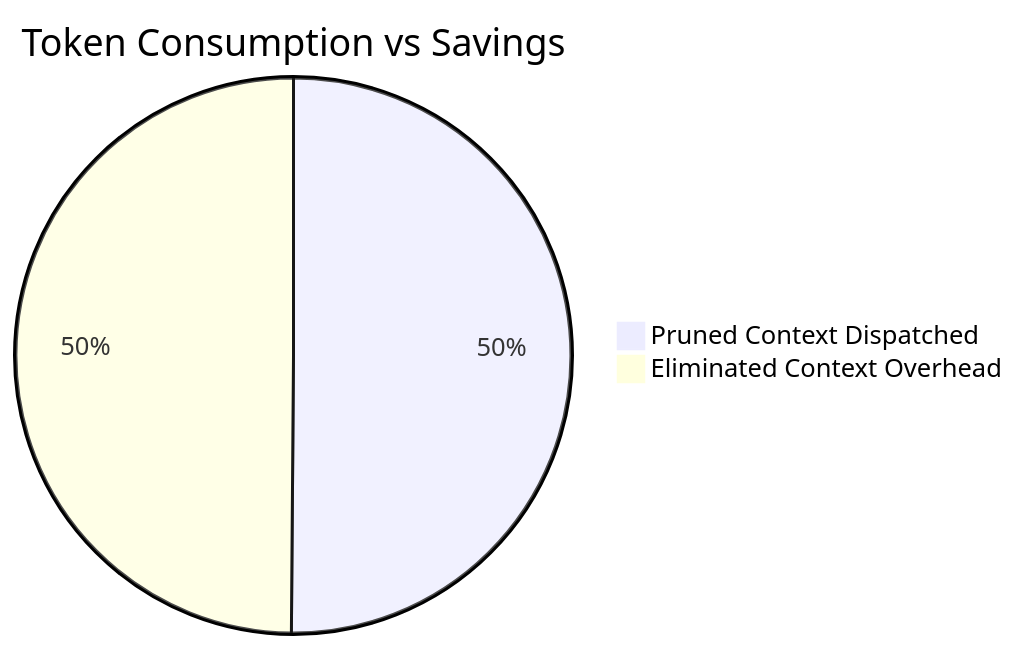
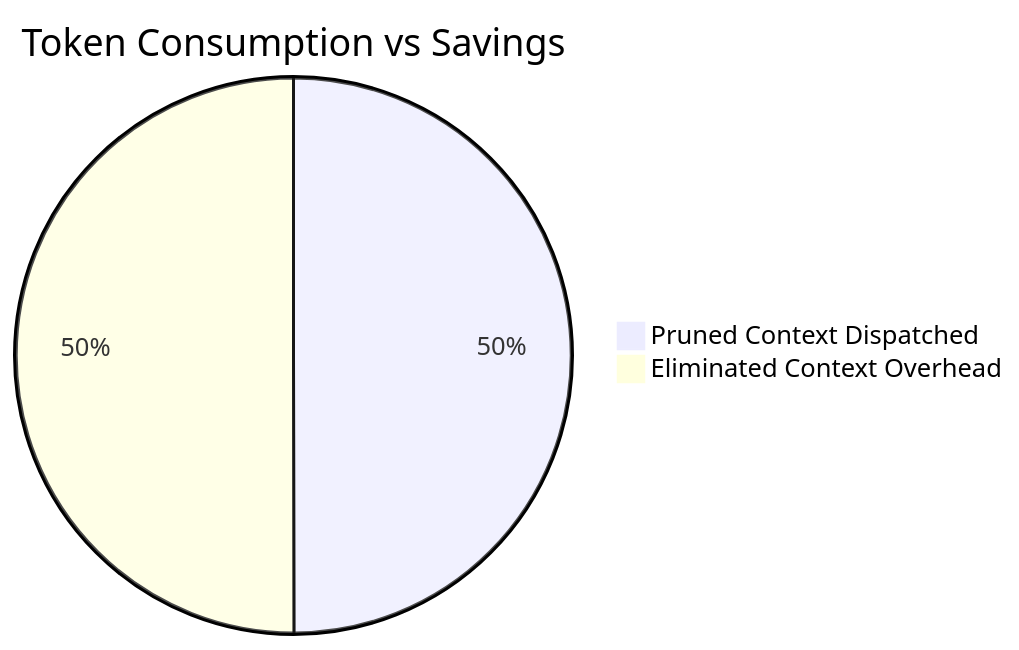
Before and after one commit to lakhwindersingh/nb_fairyfly: the diagram in workplace/docs/reports/token_savings_report.md, drawn with Mermaid. The commit also changed other lines of this file and 149 other files, not shown here.

````diff
--- a/workplace/docs/reports/token_savings_report.md
+++ b/workplace/docs/reports/token_savings_report.md
@@ -26,5 +26,5 @@
 ```mermaid
 pie title Token Consumption vs Savings
-    "Pruned Context Dispatched" : 36173596
-    "Eliminated Context Overhead" : 35999007
+    "Pruned Context Dispatched" : 37486198
+    "Eliminated Context Overhead" : 37525309
 ```
````
